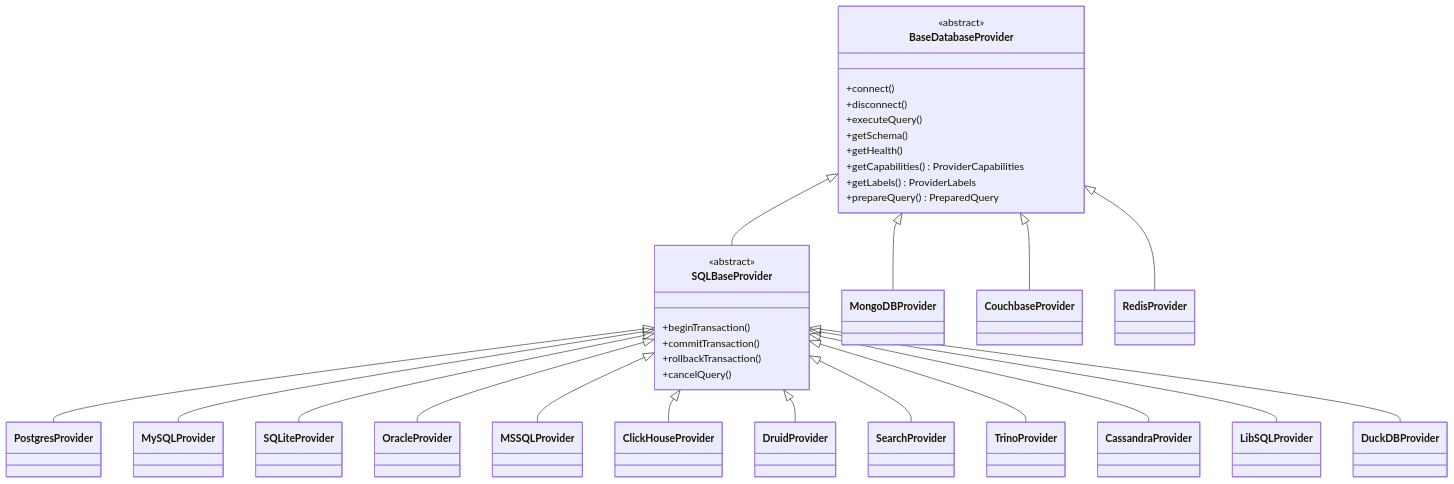
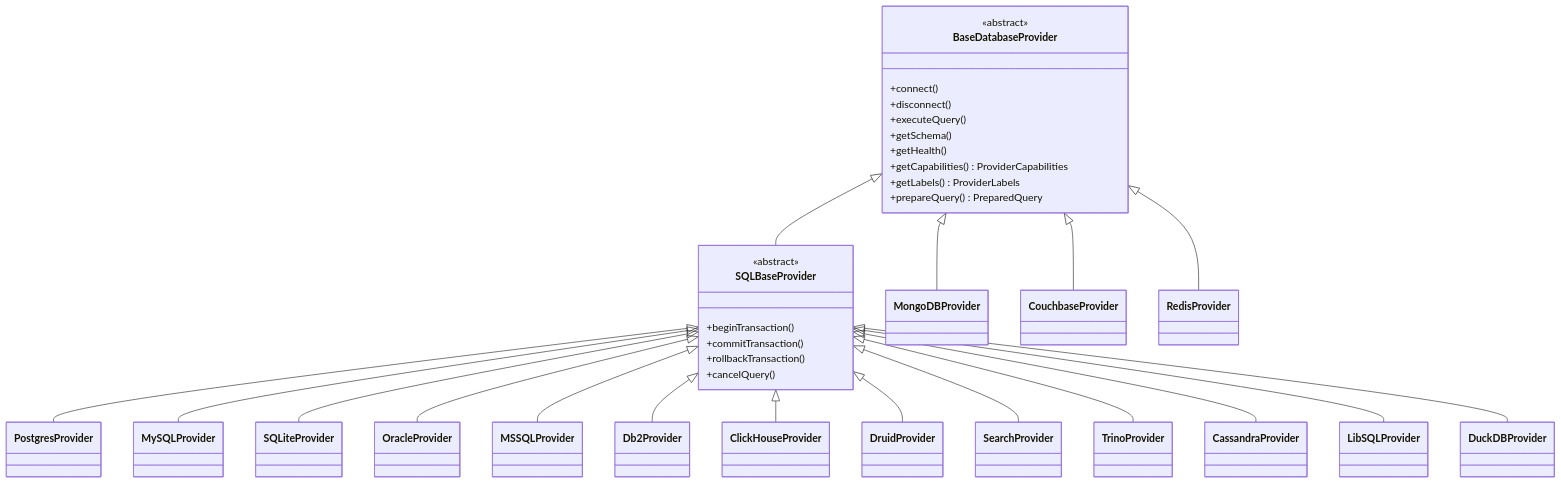
One commit to libredb/libredb-studio changed the second of 3 diagrams in docs/ARCHITECTURE.md. Above: the diagram before and after it, drawn with Mermaid. The commit also changed other lines of this file and 58 other files, not shown here.

````diff
--- a/docs/ARCHITECTURE.md
+++ b/docs/ARCHITECTURE.md
@@ -77,40 +78,41 @@
 ```mermaid
 classDiagram
     class BaseDatabaseProvider {
         <<abstract>>
         +connect()
         +disconnect()
         +executeQuery()
         +getSchema()
         +getHealth()
         +getCapabilities() ProviderCapabilities
         +getLabels() ProviderLabels
         +prepareQuery() PreparedQuery
     }
 
     class SQLBaseProvider {
         <<abstract>>
         +beginTransaction()
         +commitTransaction()
         +rollbackTransaction()
         +cancelQuery()
     }
 
     BaseDatabaseProvider <|-- SQLBaseProvider
     BaseDatabaseProvider <|-- MongoDBProvider
     BaseDatabaseProvider <|-- CouchbaseProvider
     BaseDatabaseProvider <|-- RedisProvider
 
     SQLBaseProvider <|-- PostgresProvider
     SQLBaseProvider <|-- MySQLProvider
     SQLBaseProvider <|-- SQLiteProvider
     SQLBaseProvider <|-- OracleProvider
     SQLBaseProvider <|-- MSSQLProvider
+    SQLBaseProvider <|-- Db2Provider
     SQLBaseProvider <|-- ClickHouseProvider
     SQLBaseProvider <|-- DruidProvider
     SQLBaseProvider <|-- SearchProvider
     SQLBaseProvider <|-- TrinoProvider
     SQLBaseProvider <|-- CassandraProvider
     SQLBaseProvider <|-- LibSQLProvider
     SQLBaseProvider <|-- DuckDBProvider
 ```
````
